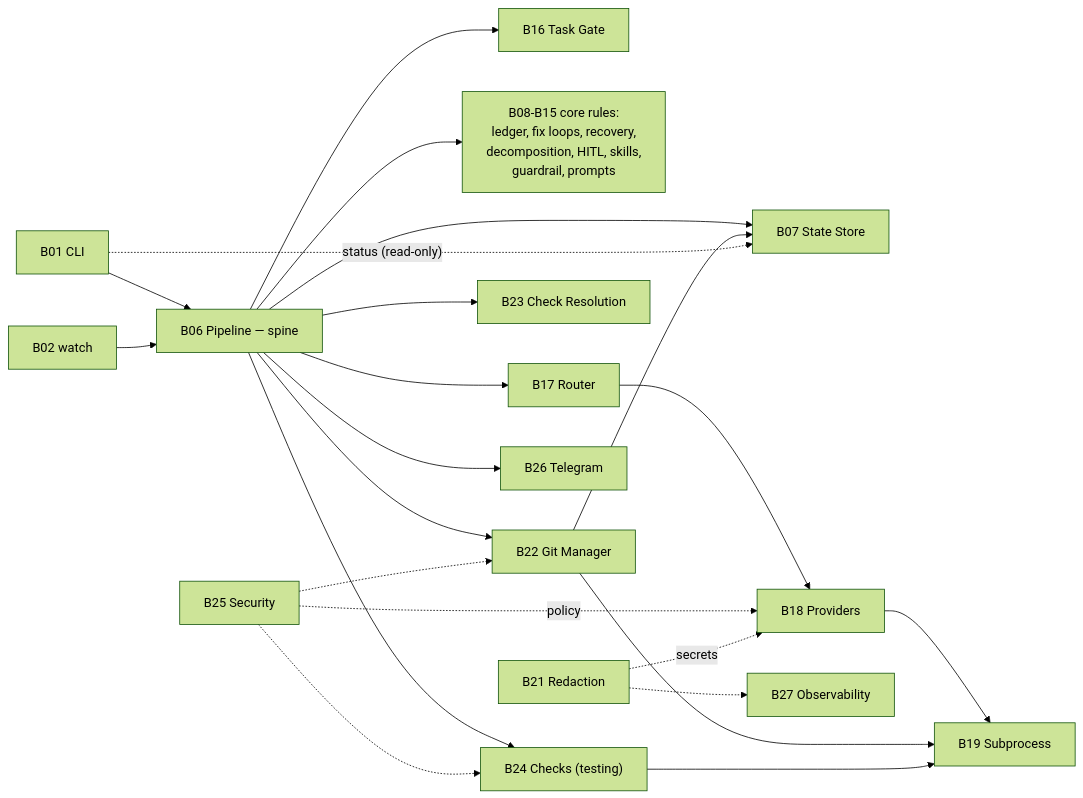
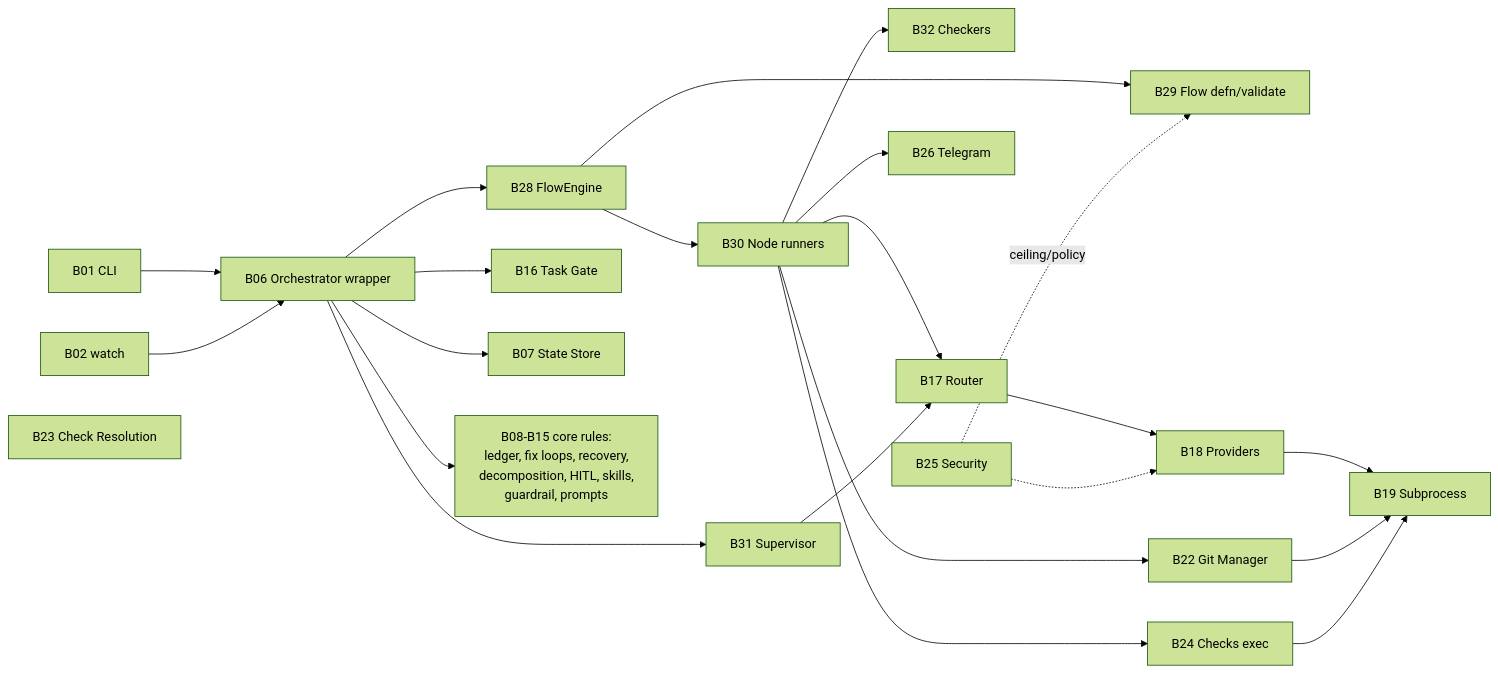
Before and after one commit to VladimirMakarevich/wastech-orchestrator: the third of 3 diagrams in docs/functional/index.md, drawn with Mermaid (forest theme). The commit also changed other lines of this file and 39 other files, not shown here.

First line of the commit message:
docs: Add detailed documentation for new flows and components

````diff
--- a/docs/functional/index.md
+++ b/docs/functional/index.md
@@ -178,41 +189,44 @@
 ```mermaid
 flowchart LR
     B01["B01 CLI"]
     B02["B02 watch"]
-    B06["B06 Pipeline — spine"]
+    B06["B06 Orchestrator wrapper"]
+    B28["B28 FlowEngine"]
+    B29["B29 Flow defn/validate"]
+    B30["B30 Node runners"]
+    B31["B31 Supervisor"]
+    B32["B32 Checkers"]
     B16["B16 Task Gate"]
     B07["B07 State Store"]
     rules["B08-B15 core rules:<br/>ledger, fix loops, recovery,<br/>decomposition, HITL, skills,<br/>guardrail, prompts"]
     B17["B17 Router"]
     B18["B18 Providers"]
     B19["B19 Subprocess"]
     B22["B22 Git Manager"]
     B23["B23 Check Resolution"]
-    B24["B24 Checks (testing)"]
+    B24["B24 Checks exec"]
     B26["B26 Telegram"]
-    B27["B27 Observability"]
-    B21["B21 Redaction"]
     B25["B25 Security"]
 
     B01 --> B06
     B02 --> B06
     B06 --> B16
     B06 --> B07
     B06 --> rules
-    B06 --> B17
-    B06 --> B23
-    B06 --> B24
-    B06 --> B22
-    B06 --> B26
+    B06 --> B28
+    B06 --> B31
+    B28 --> B29
+    B28 --> B30
+    B30 --> B17
+    B30 --> B24
+    B30 --> B32
+    B30 --> B22
+    B30 --> B26
+    B31 --> B17
     B17 --> B18
     B18 --> B19
     B22 --> B19
     B24 --> B19
-    B22 --> B07
-    B01 -.->|"status (read-only)"| B07
-    B25 -.->|"policy"| B18
-    B25 -.-> B22
-    B25 -.-> B24
-    B21 -.->|"secrets"| B18
-    B21 -.-> B27
+    B25 -.->|"ceiling/policy"| B29
+    B25 -.-> B18
 ```
````
